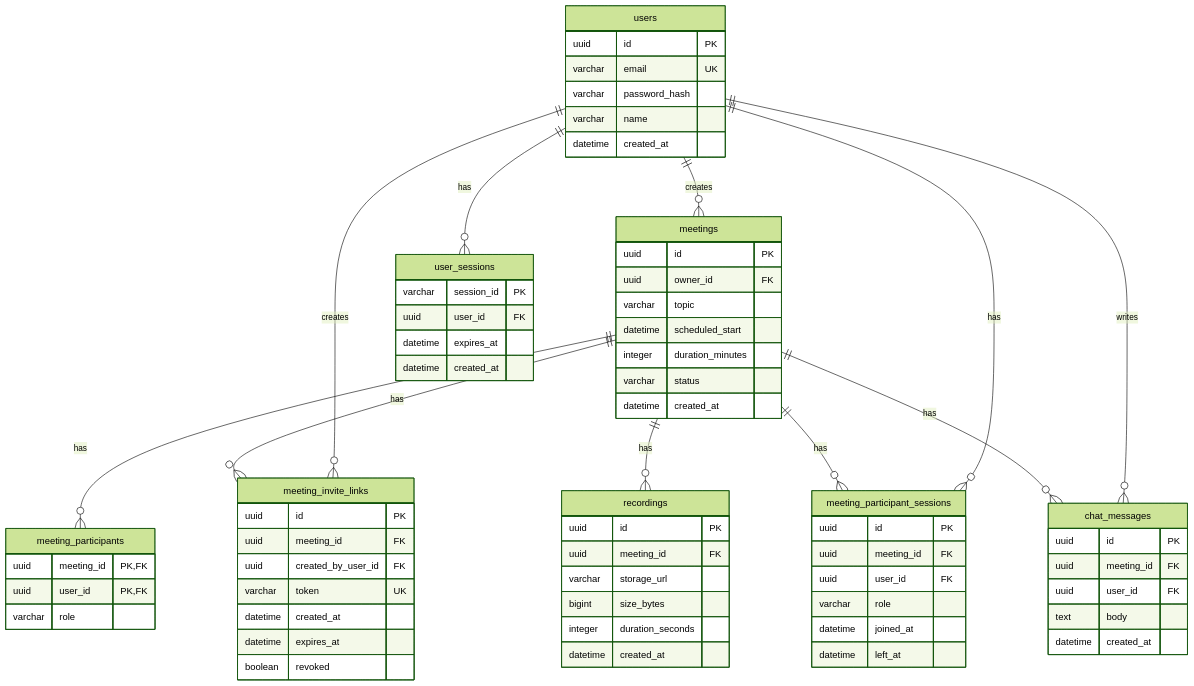
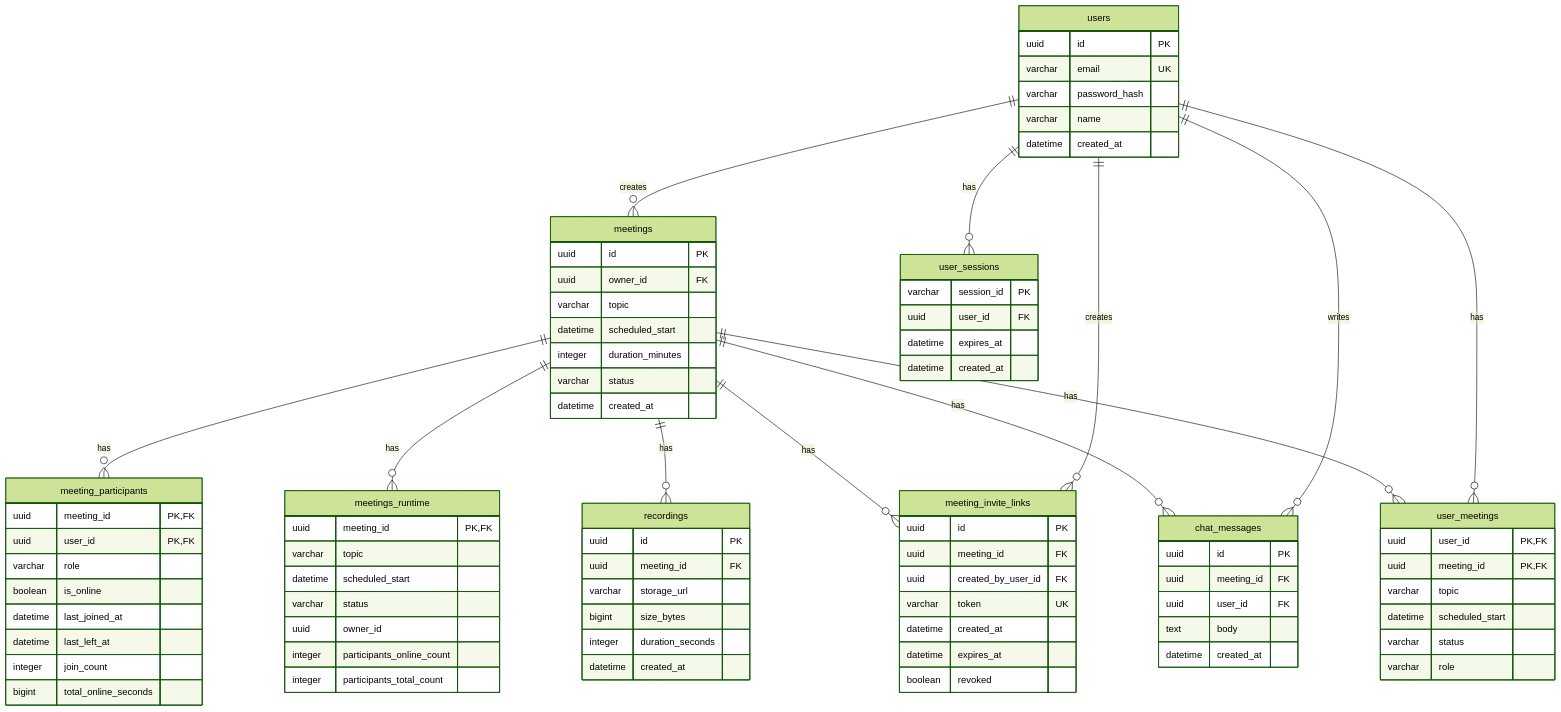
Before and after one commit to alx314vo/highload_zoom: the first of 2 diagrams in README.md, drawn with Mermaid (forest theme). The commit also changed other lines of this file, not shown here.

```diff
--- a/README.md
+++ b/README.md
@@ -182,15 +182,16 @@
 erDiagram
     users ||--o{ meetings : "creates"
     users ||--o{ meeting_invite_links : "creates"
-    users ||--o{ meeting_participant_sessions : "has"
     users ||--o{ chat_messages : "writes"
+    users ||--o{ user_meetings : "has"
     users ||--o{ user_sessions : "has"
 
     meetings ||--o{ meeting_participants : "has"
     meetings ||--o{ meeting_invite_links : "has"
-    meetings ||--o{ meeting_participant_sessions : "has"
+    meetings ||--o{ meetings_runtime : "has"
     meetings ||--o{ recordings : "has"
     meetings ||--o{ chat_messages : "has"
+    meetings ||--o{ user_meetings : "has"
 
     users {
         uuid id PK
@@ -214,6 +215,11 @@
         uuid meeting_id PK,FK
         uuid user_id PK,FK
         varchar role
+        boolean is_online
+        datetime last_joined_at
+        datetime last_left_at
+        integer join_count
+        bigint total_online_seconds
     }
 
     meeting_invite_links {
@@ -226,13 +232,23 @@
         boolean revoked
     }
 
-    meeting_participant_sessions {
-        uuid id PK
-        uuid meeting_id FK
-        uuid user_id FK
+    user_meetings {
+        uuid user_id PK,FK
+        uuid meeting_id PK,FK
+        varchar topic
+        datetime scheduled_start
+        varchar status
         varchar role
-        datetime joined_at
-        datetime left_at
+    }
+
+    meetings_runtime {
+        uuid meeting_id PK,FK
+        varchar topic
+        datetime scheduled_start
+        varchar status
+        uuid owner_id
+        integer participants_online_count
+        integer participants_total_count
     }
 
     chat_messages {
```
